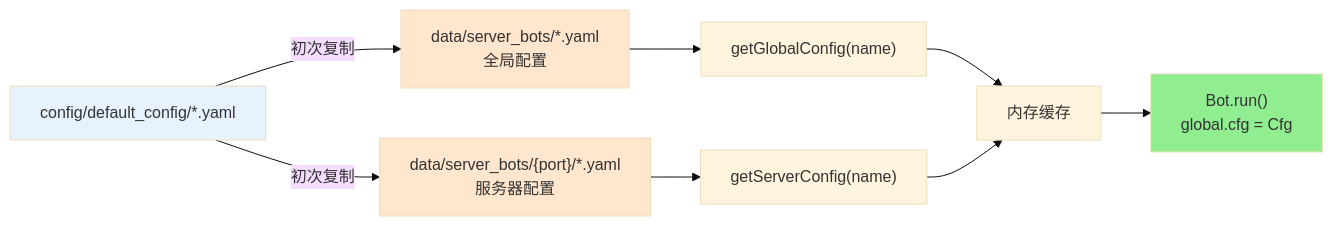
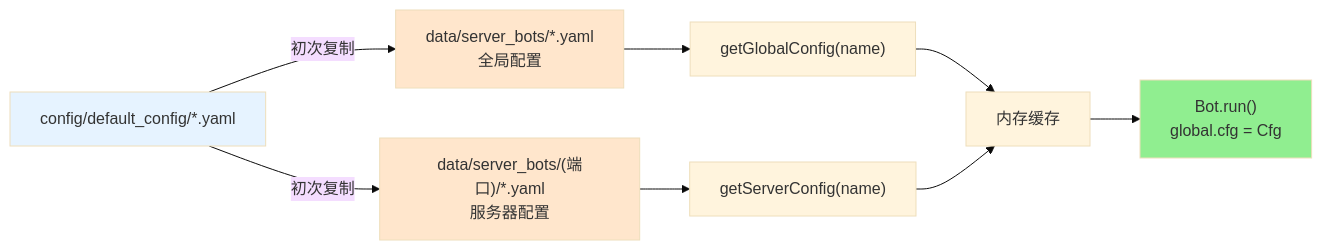
Before and after one commit to sunflowermm/XRK-AGT: the third of 9 diagrams in docs/app-dev.md, drawn with Mermaid (base theme). The commit also changed 3 other files, not shown here.

Commit message:
完善文档图表问题 (4 modified)

````diff
--- a/docs/app-dev.md
+++ b/docs/app-dev.md
@@ -97,15 +97,15 @@
 ```mermaid
 flowchart LR
   Default["config/default_config/*.yaml"] -->|初次复制| GlobalCfg["data/server_bots/*.yaml<br/>全局配置"]
-  Default -->|初次复制| ServerCfg["data/server_bots/{port}/*.yaml<br/>服务器配置"]
+  Default -->|初次复制| ServerCfg["data/server_bots/(端口)/*.yaml<br/>服务器配置"]
   GlobalCfg --> Cfg["getGlobalConfig(name)"]
   ServerCfg --> Cfg2["getServerConfig(name)"]
   Cfg --> Cache["内存缓存"]
   Cfg2 --> Cache
   Cache --> Bot["Bot.run()<br/>global.cfg = Cfg"]
   
   style Default fill:#E6F3FF
   style GlobalCfg fill:#FFE6CC
   style ServerCfg fill:#FFE6CC
   style Bot fill:#90EE90
 ```
````
